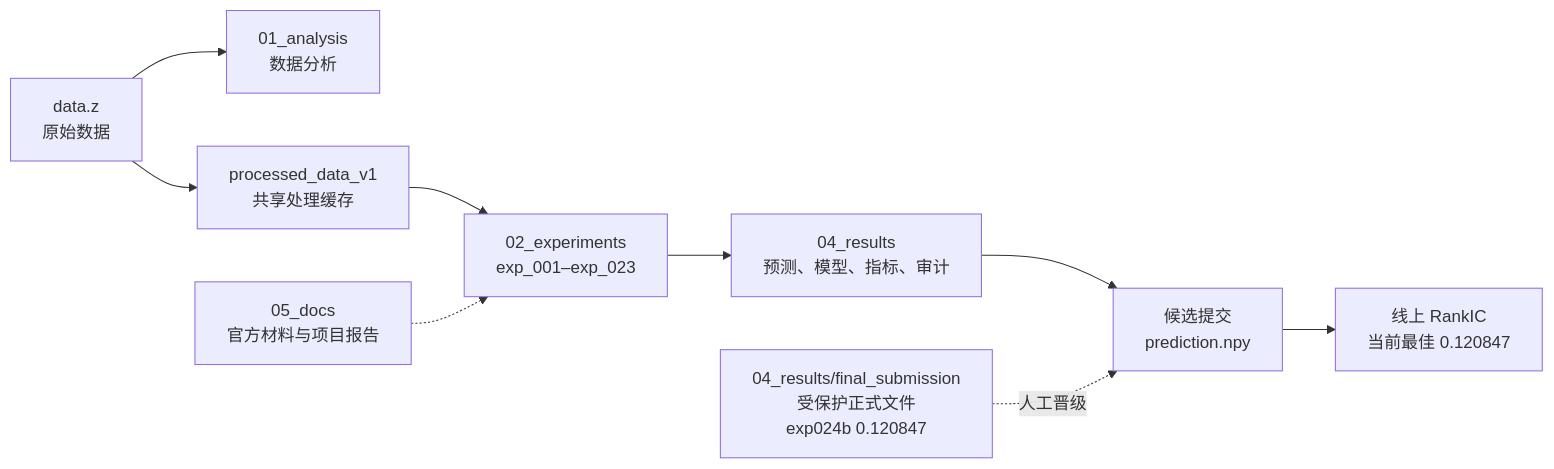
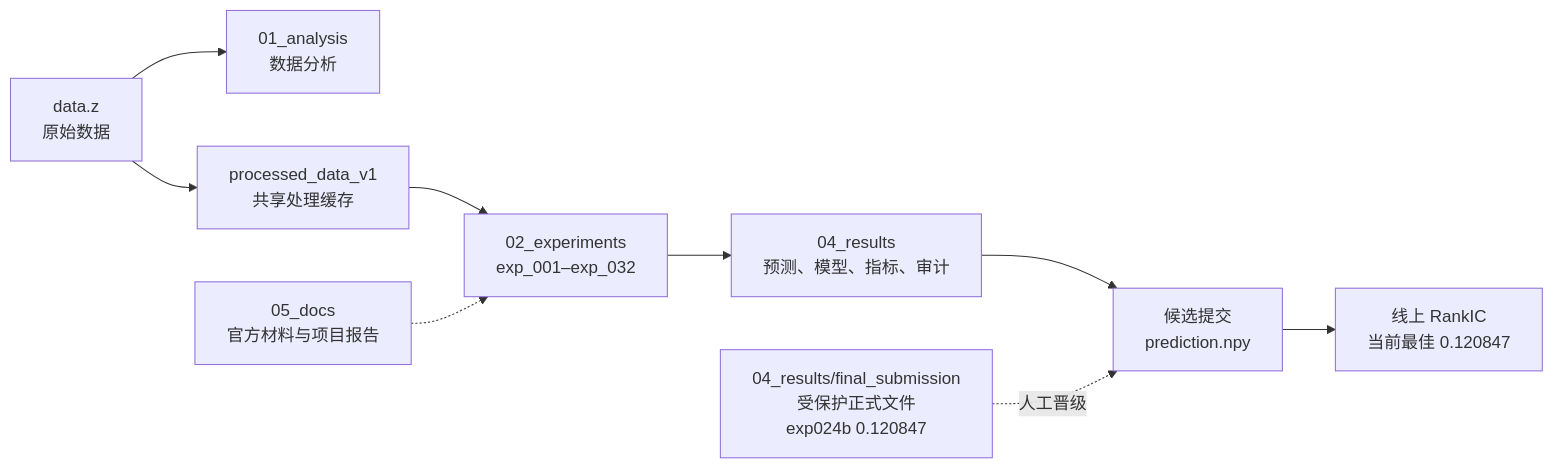
The first of 2 diagrams in README.md (kelin-gpu/youanbei), drawn with Mermaid before and after one commit. The commit also changed other lines of this file and 48 other files, not shown here.

````diff
--- a/README.md
+++ b/README.md
@@ -36,11 +39,11 @@
 ```mermaid
 flowchart LR
     A["data.z\n原始数据"] --> B["01_analysis\n数据分析"]
     A --> C["processed_data_v1\n共享处理缓存"]
-    C --> D["02_experiments\nexp_001–exp_023"]
+    C --> D["02_experiments\nexp_001–exp_032"]
     D --> E["04_results\n预测、模型、指标、审计"]
     E --> F["候选提交\nprediction.npy"]
     F --> G["线上 RankIC\n当前最佳 0.120847"]
     H["05_docs\n官方材料与项目报告"] -.-> D
     I["04_results/final_submission\n受保护正式文件\nexp024b 0.120847"] -.人工晋级.-> F
 ```
````
